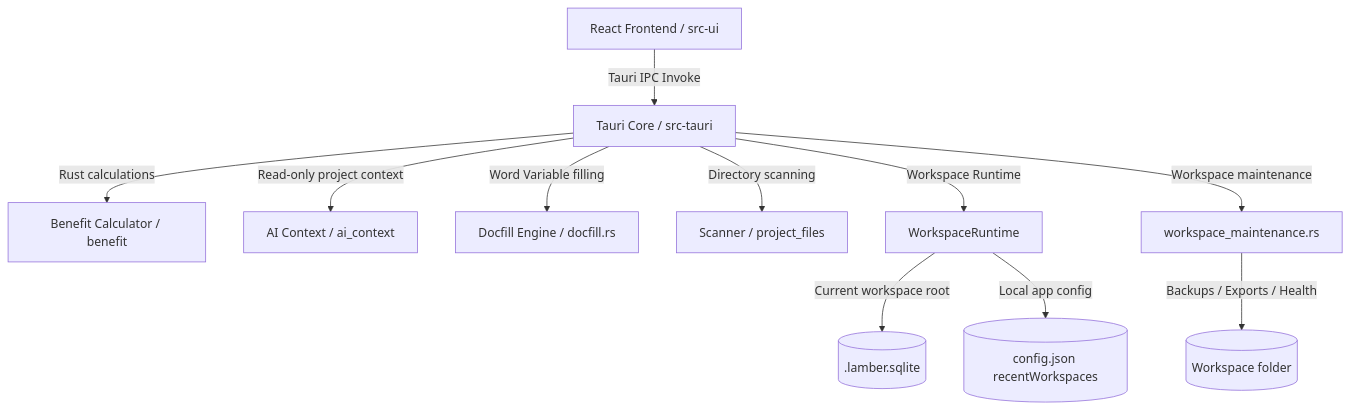
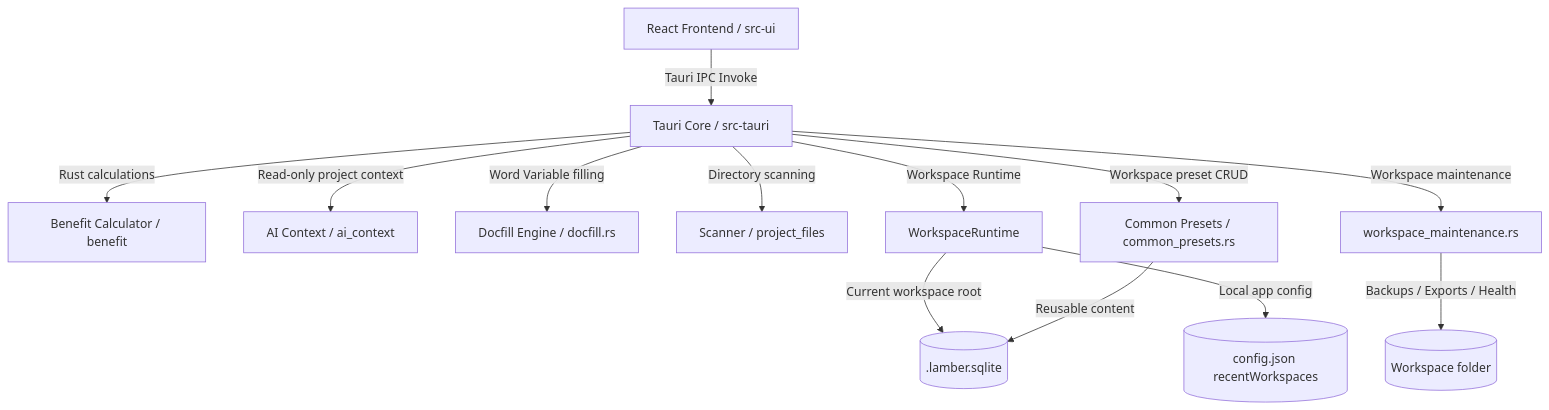
The diagram in docs/ARCHITECTURE_MAP.md (steven-mountain/lamber), drawn with Mermaid before and after one commit. The commit also changed other lines of this file and 19 other files, not shown here.

Commit message:
feat: implement phase 1 of common presets and project presets module

````diff
--- a/docs/ARCHITECTURE_MAP.md
+++ b/docs/ARCHITECTURE_MAP.md
@@ -13,13 +13,15 @@
 ```mermaid
 graph TD
     UI[React Frontend / src-ui] -->|Tauri IPC Invoke| Tauri[Tauri Core / src-tauri]
     Tauri -->|Rust calculations| Calc[Benefit Calculator / benefit]
     Tauri -->|Read-only project context| AIC[AI Context / ai_context]
     Tauri -->|Word Variable filling| Doc[Docfill Engine / docfill.rs]
     Tauri -->|Directory scanning| Scan[Scanner / project_files]
     Tauri -->|Workspace Runtime| WS[WorkspaceRuntime]
     Tauri -->|Workspace maintenance| WM[workspace_maintenance.rs]
     WS -->|Current workspace root| DB[(.lamber.sqlite)]
     WS -->|Local app config| CFG[(config.json recentWorkspaces)]
     WM -->|Backups / Exports / Health| WSF[(Workspace folder)]
+    Tauri -->|Workspace preset CRUD| CP[Common Presets / common_presets.rs]
+    CP -->|Reusable content| DB
 ```
````
